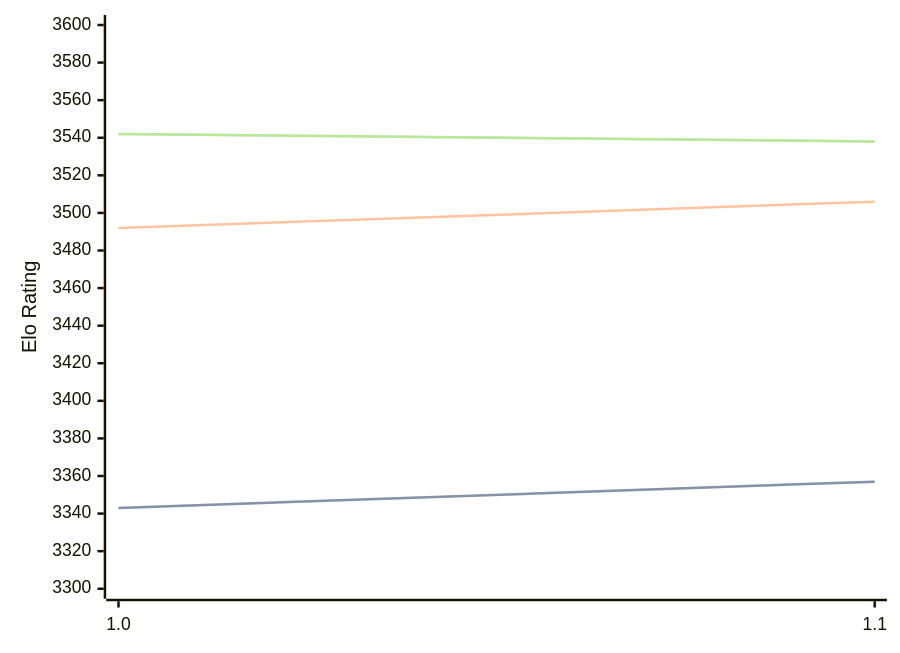
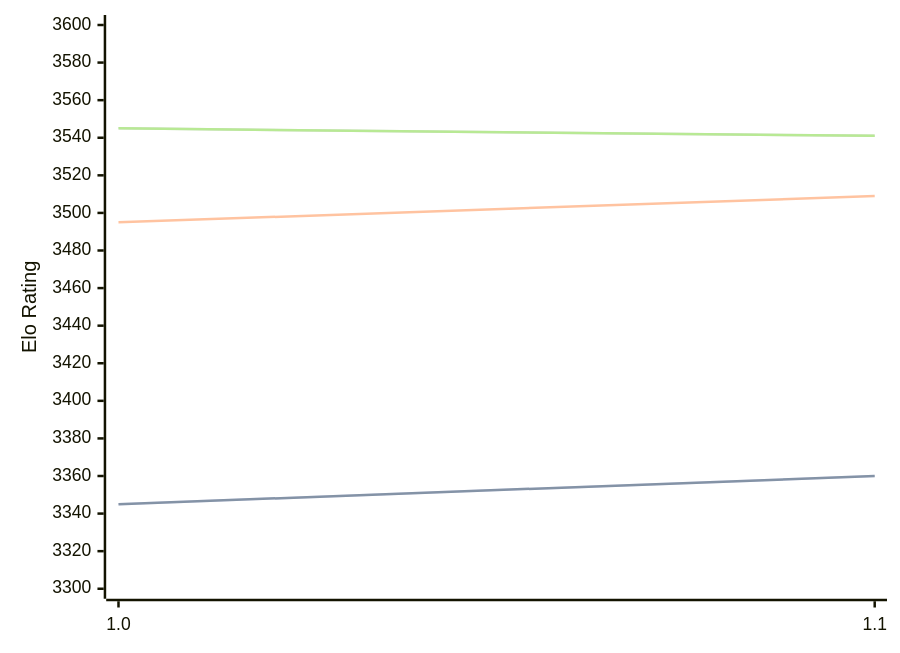
One commit to computer-chess-index/cci changed the diagram in engines/Horsie.md. Above: the diagram before and after it, drawn with Mermaid. The commit also changed other lines of this file, not shown here.

Commit message:
Update CCI Ratings (ELO VLTC) - 2026-09-24

````diff
--- a/engines/Horsie.md
+++ b/engines/Horsie.md
@@ -32,11 +32,11 @@
 ```mermaid
 %%{init: {"theme":"base","themeVariables":{"seriesColors:['#a3a3a3','#222221','#faa371']}}}%%
 xychart-beta
   x-axis ["1.0", "1.1"]
   y-axis "Elo Rating" 3300 --> 3600
-  line "" [3343, 3357]
-  line "STC (8.0+0.08s)" [3343, 3357]
-  line "LTC (60.0+0.60s)" [3492, 3506]
-  line "" [3542, 3538]
-  line "VLTC (2m24s+1.12s)" [3542, 3538]
+  line "" [3345, 3360]
+  line "STC (8.0+0.08s)" [3345, 3360]
+  line "LTC (60.0+0.60s)" [3495, 3509]
+  line "" [3545, 3541]
+  line "VLTC (2m24s+1.12s)" [3545, 3541]
 ```
````
